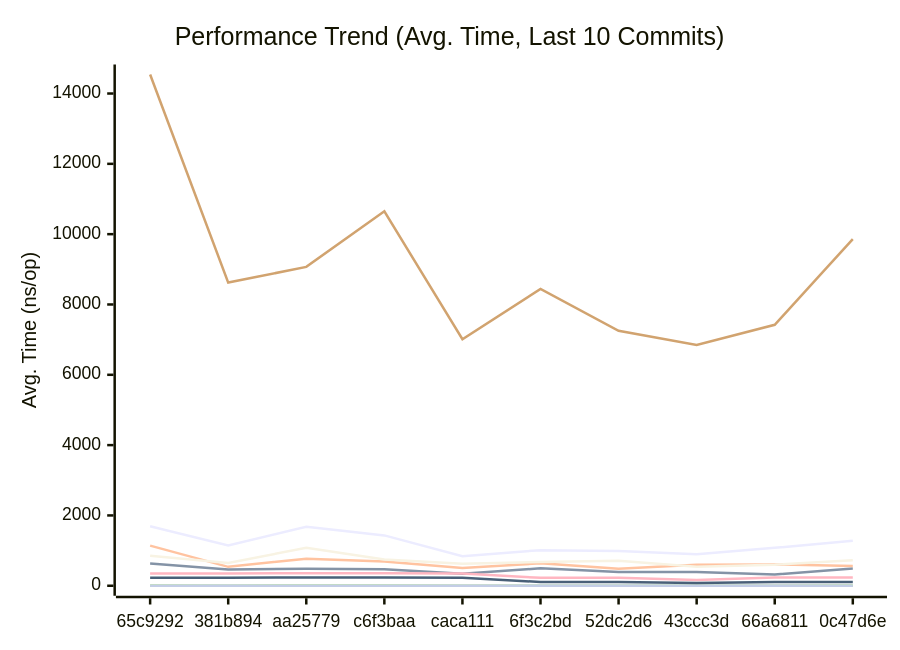
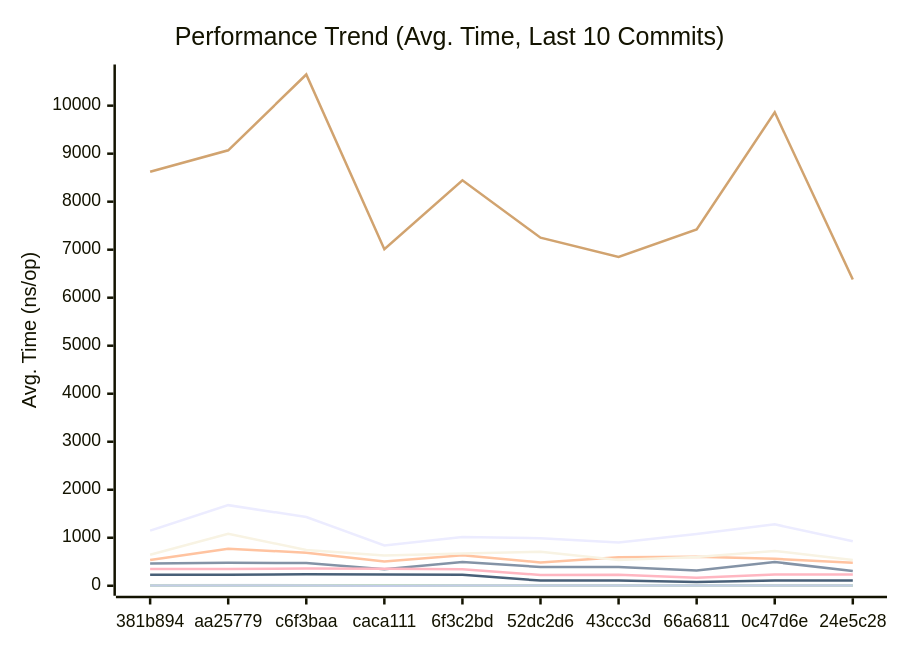
Before and after one commit to alsotoes/momo: the first of 3 diagrams in docs/PERFORMANCE.md, drawn with Mermaid. The commit also changed other lines of this file and 2 other files, not shown here.

````diff
--- a/docs/PERFORMANCE.md
+++ b/docs/PERFORMANCE.md
@@ -128,18 +128,18 @@
 ```mermaid
 xychart-beta
     title "Performance Trend (Avg. Time, Last 10 Commits)"
     x-axis "Commit"
     y-axis "Avg. Time (ns/op)"
-    x-axis [65c9292,381b894,aa25779,c6f3baa,caca111,6f3c2bd,52dc2d6,43ccc3d,66a6811,0c47d6e]
-    line "CheckMetricsAndSwap" [14,13,17,12,10,9,10,11,13,13]
-    line "CrushOptimized" [635,462,481,472,342,495,390,390,319,494]
-    line "CrushOriginal" [1141,538,771,688,503,637,485,595,606,560]
-    line "IndexDirectTracking" [1,1,0,1,0,0,0,0,0,1]
-    line "IndexSearch" [4,3,4,4,3,3,3,3,3,4]
-    line "LoadGlobalConfig" [14541,8623,9070,10649,7011,8444,7250,6847,7422,9861]
-    line "PadString" [3,3,3,3,2,3,3,3,3,3]
+    x-axis [381b894,aa25779,c6f3baa,caca111,6f3c2bd,52dc2d6,43ccc3d,66a6811,0c47d6e,24e5c28]
+    line "CheckMetricsAndSwap" [13,17,12,10,9,10,11,13,13,9]
+    line "CrushOptimized" [462,481,472,342,495,390,390,319,494,306]
+    line "CrushOriginal" [538,771,688,503,637,485,595,606,560,480]
+    line "IndexDirectTracking" [1,0,1,0,0,0,0,0,1,0]
+    line "IndexSearch" [3,4,4,3,3,3,3,3,4,3]
+    line "LoadGlobalConfig" [8623,9070,10649,7011,8444,7250,6847,7422,9861,6379]
+    line "PadString" [3,3,3,2,3,3,3,3,3,3]
     line "ParseReplicationOrder_NoPrealloc" [350,349,357,354,345,225,229,165,232,234]
     line "ParseReplicationOrder_Prealloc" [229,231,237,234,229,108,107,80,110,109]
-    line "SanitizeLog/Safe" [855,645,1080,747,628,673,708,538,598,725]
-    line "SanitizeLog/Unsafe" [1691,1147,1679,1432,841,1013,990,899,1078,1279]
+    line "SanitizeLog/Safe" [645,1080,747,628,673,708,538,598,725,535]
+    line "SanitizeLog/Unsafe" [1147,1679,1432,841,1013,990,899,1078,1279,926]
 ```
````
